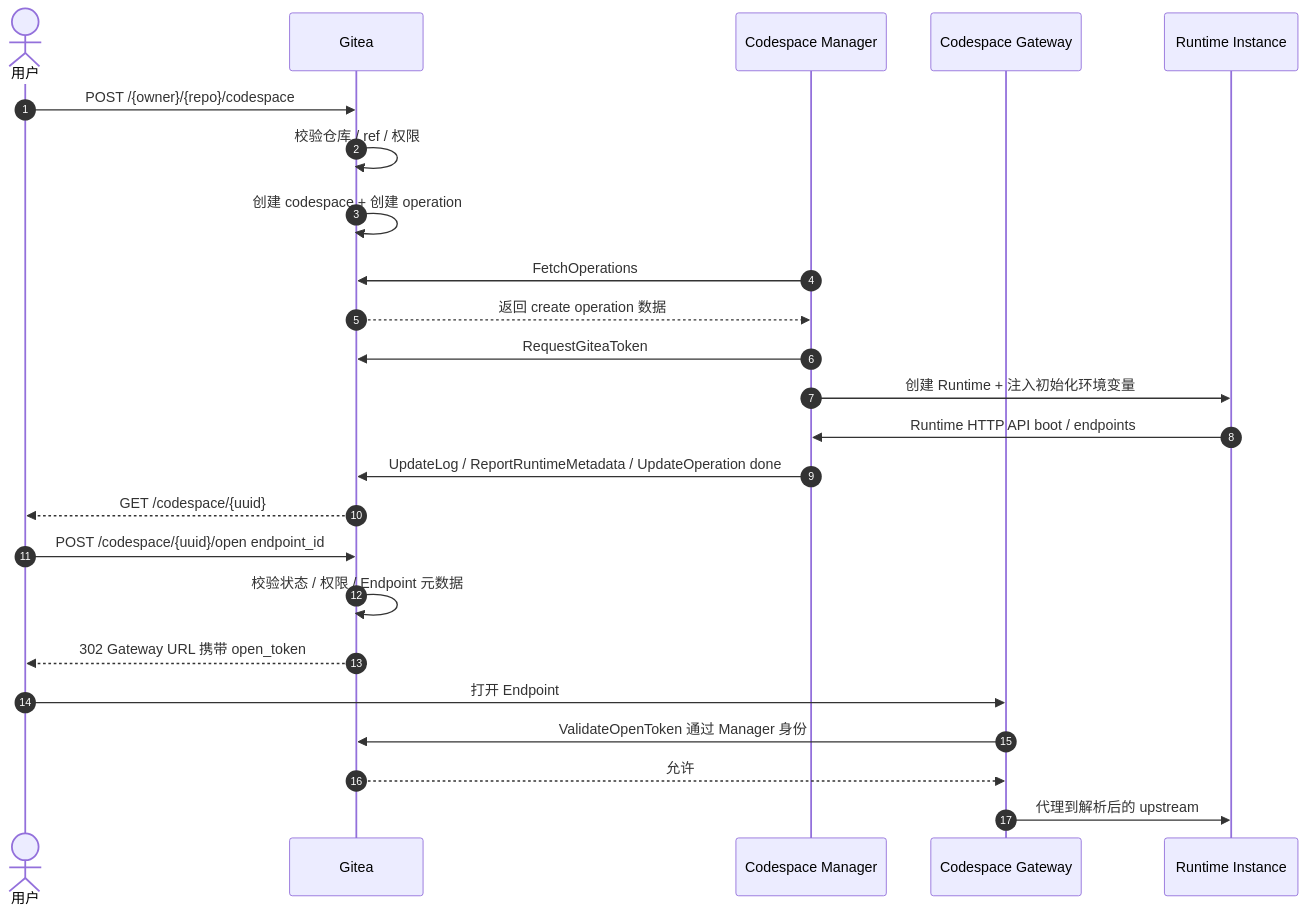
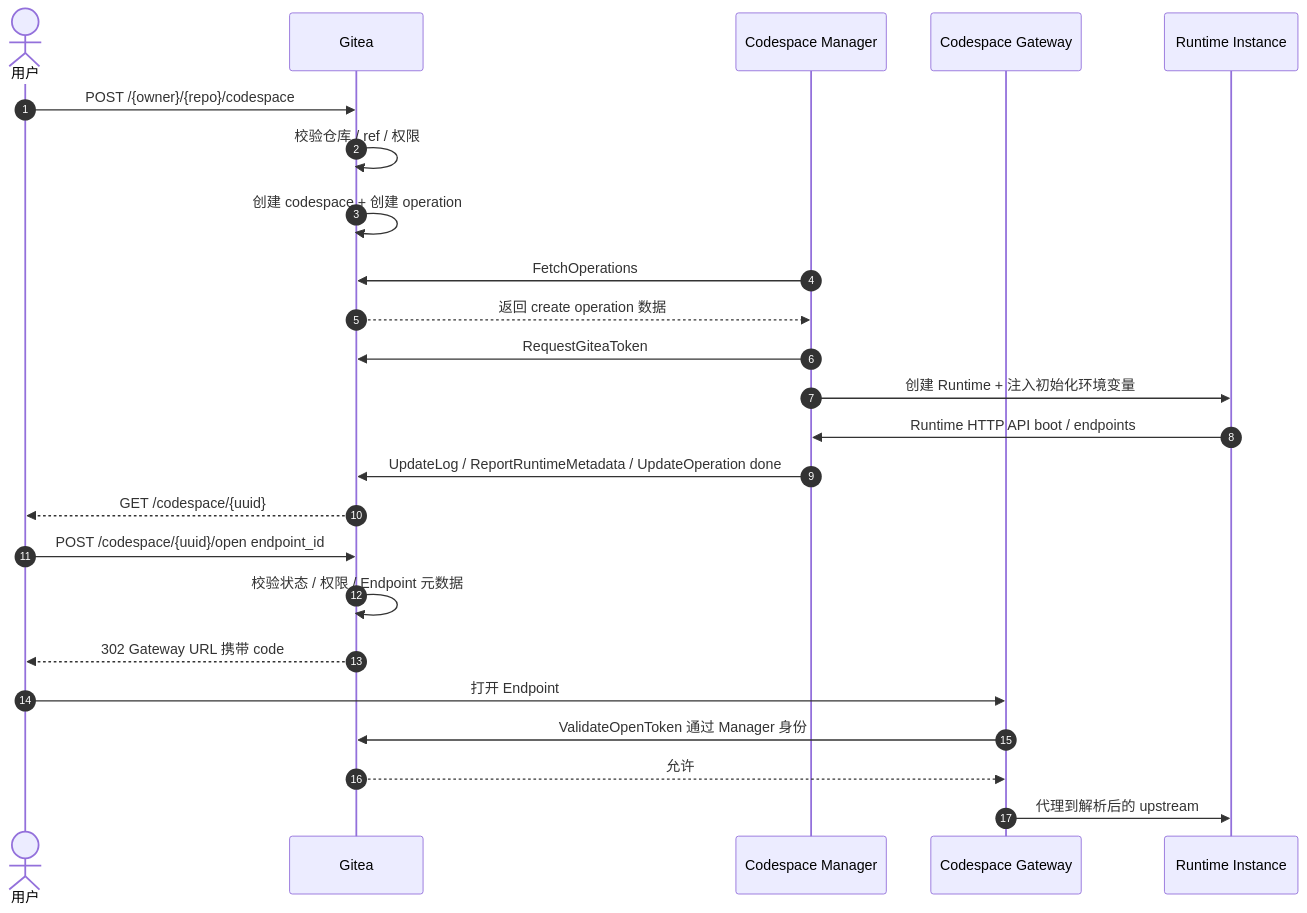
The second of 2 diagrams in src/README.md (ExplodingDragon/gitea-dev), drawn with Mermaid before and after one commit. The commit also changed other lines of this file and 7 other files, not shown here.

````diff
--- a/src/README.md
+++ b/src/README.md
@@ -81,28 +81,28 @@
 ```mermaid
 sequenceDiagram
     autonumber
     actor User as 用户
     participant Gitea
     participant Manager as Codespace Manager
     participant Gateway as Codespace Gateway
     participant Runtime as Runtime Instance
 
     User->>Gitea: POST /{owner}/{repo}/codespace
     Gitea->>Gitea: 校验仓库 / ref / 权限
     Gitea->>Gitea: 创建 codespace + 创建 operation
     Manager->>Gitea: FetchOperations
     Gitea-->>Manager: 返回 create operation 数据
     Manager->>Gitea: RequestGiteaToken
     Manager->>Runtime: 创建 Runtime + 注入初始化环境变量
     Runtime->>Manager: Runtime HTTP API boot / endpoints
     Manager->>Gitea: UpdateLog / ReportRuntimeMetadata / UpdateOperation done
     Gitea-->>User: GET /codespace/{uuid}
 
     User->>Gitea: POST /codespace/{uuid}/open endpoint_id
     Gitea->>Gitea: 校验状态 / 权限 / Endpoint 元数据
-    Gitea-->>User: 302 Gateway URL 携带 open_token
+    Gitea-->>User: 302 Gateway URL 携带 code
     User->>Gateway: 打开 Endpoint
     Gateway->>Gitea: ValidateOpenToken 通过 Manager 身份
     Gitea-->>Gateway: 允许
     Gateway->>Runtime: 代理到解析后的 upstream
 ```
````
